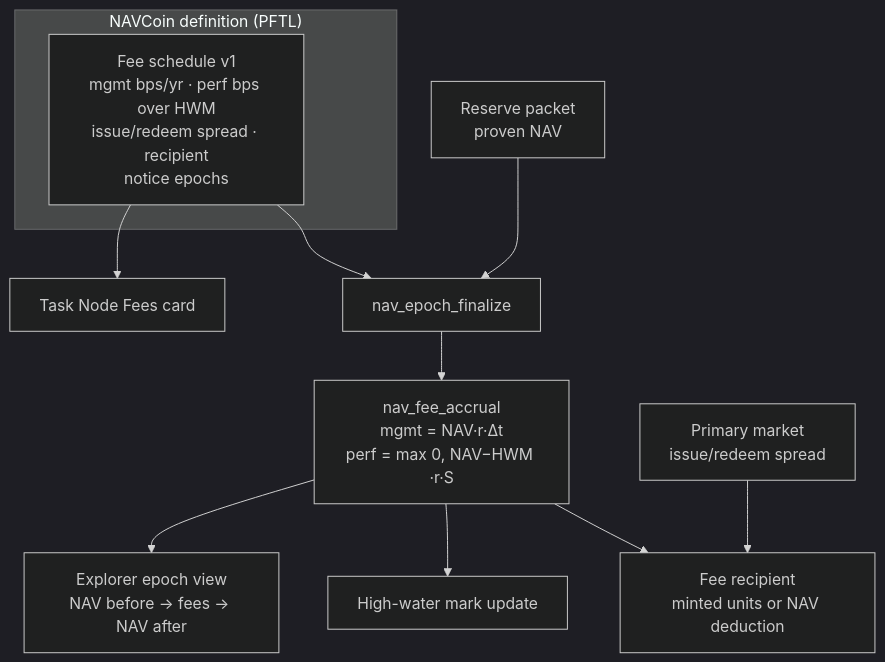
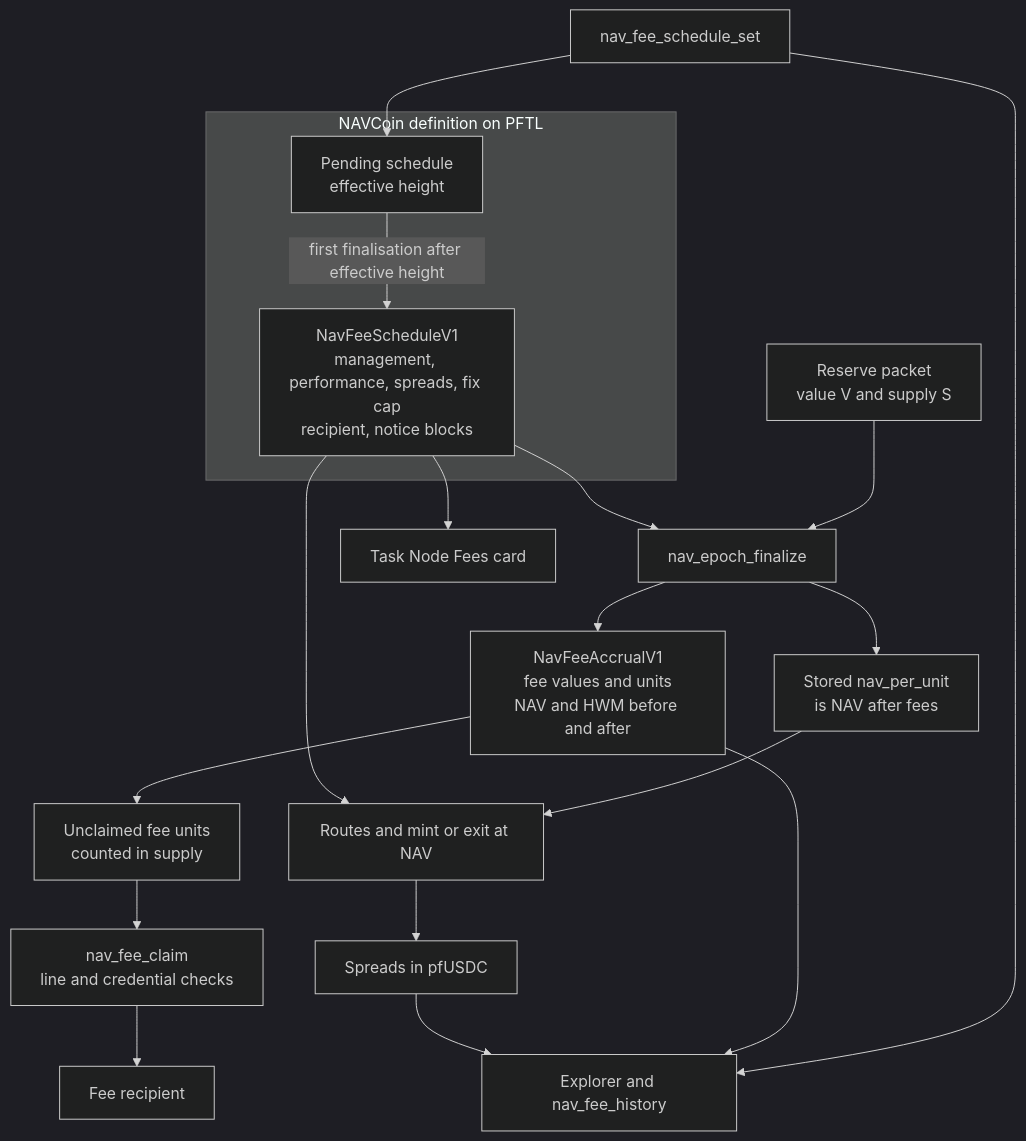
Before and after one commit to postfiatorg/postfiatl1v2: the diagram in big_milestone/pillars/07-navcoin-fees.md, drawn with Mermaid (dark theme). The commit also changed other lines of this file and 44 other files, not shown here.

````diff
--- a/big_milestone/pillars/07-navcoin-fees.md
+++ b/big_milestone/pillars/07-navcoin-fees.md
@@ -63,14 +65,23 @@
 ```mermaid
 flowchart TB
-    subgraph "NAVCoin definition (PFTL)"
-      FS[Fee schedule v1<br/>mgmt bps/yr · perf bps over HWM<br/>issue/redeem spread · recipient<br/>notice epochs]
+    subgraph DEF["NAVCoin definition on PFTL"]
+      FS["NavFeeScheduleV1<br/>management, performance, spreads, fix cap<br/>recipient, notice blocks"]
+      PEND["Pending schedule<br/>effective height"]
     end
-    RP[Reserve packet<br/>proven NAV] --> EF[nav_epoch_finalize]
+    SET["nav_fee_schedule_set"] --> PEND
+    PEND -->|"first finalisation after effective height"| FS
+    RP["Reserve packet<br/>value V and supply S"] --> EF["nav_epoch_finalize"]
     FS --> EF
-    EF --> ACC[nav_fee_accrual<br/>mgmt = NAV·r·Δt<br/>perf = max 0, NAV−HWM ·r·S]
-    ACC --> R[Fee recipient<br/>minted units or NAV deduction]
-    ACC --> HWM[High-water mark update]
-    PM[Primary market<br/>issue/redeem spread] --> R
-    ACC --> EX[Explorer epoch view<br/>NAV before → fees → NAV after]
-    FS --> TN[Task Node Fees card]
+    EF --> ACC["NavFeeAccrualV1<br/>fee values and units<br/>NAV and HWM before and after"]
+    ACC --> ESC["Unclaimed fee units<br/>counted in supply"]
+    ESC --> CLAIM["nav_fee_claim<br/>line and credential checks"]
+    CLAIM --> REC["Fee recipient"]
+    EF --> NAV["Stored nav_per_unit<br/>is NAV after fees"]
+    NAV --> RT["Routes and mint or exit at NAV"]
+    FS --> RT
+    RT --> SPR["Spreads in pfUSDC"]
+    SET --> EX["Explorer and nav_fee_history"]
+    ACC --> EX
+    SPR --> EX
+    FS --> TN["Task Node Fees card"]
 ```
````
